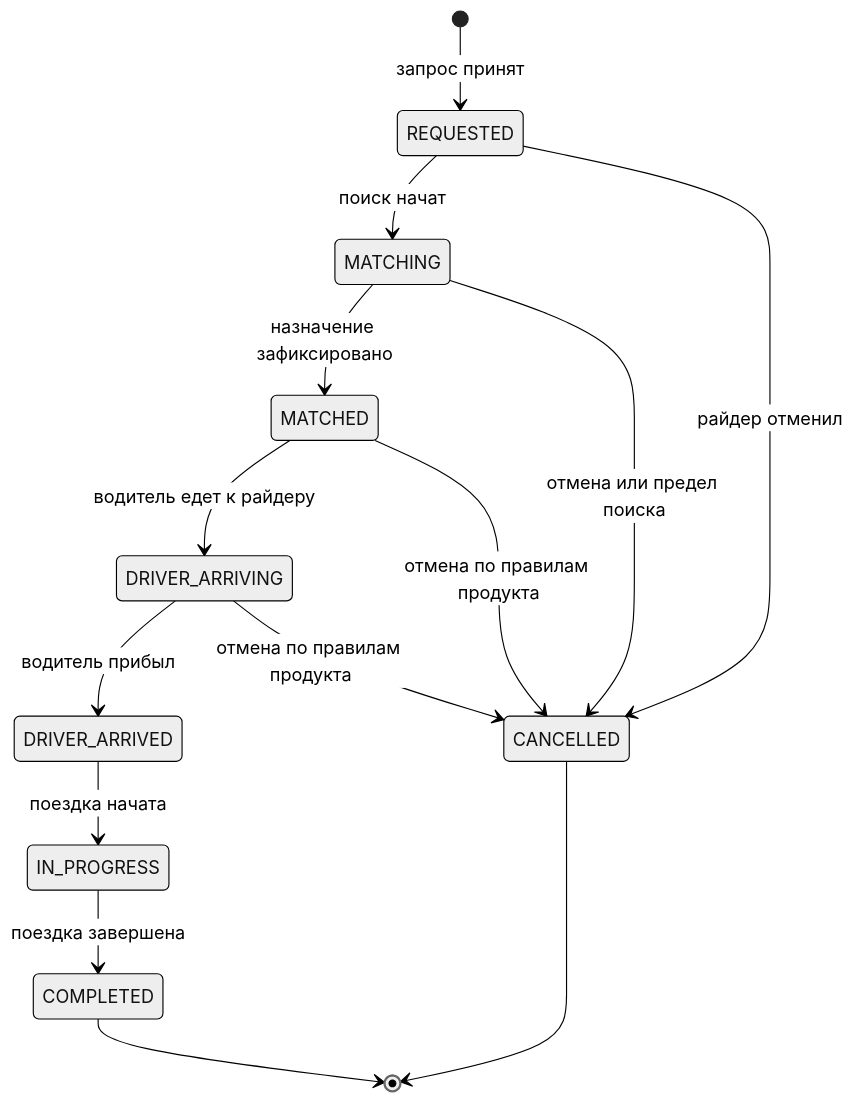
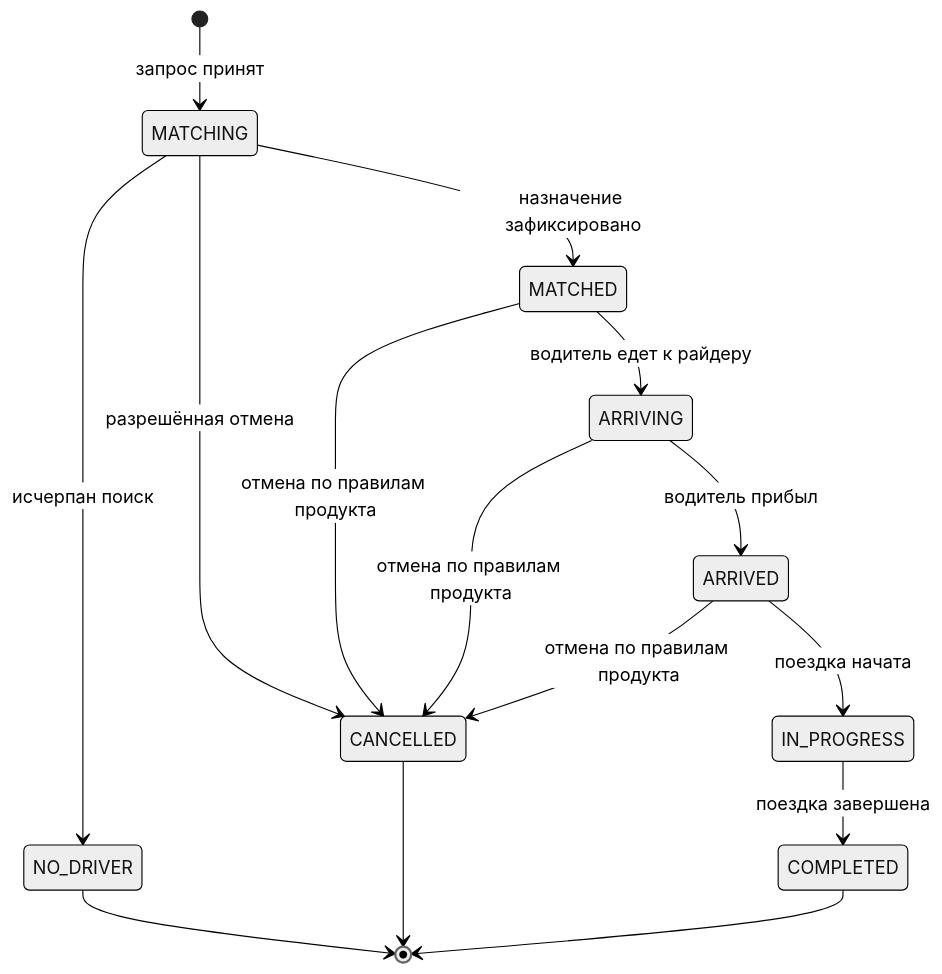
The fourth of 4 diagrams in cheatsheets/interview/system-design/design-uber-interview.md (akeverus/cheat-sheet), drawn with Mermaid (neutral theme) before and after one commit. The commit also changed other lines of this file and 2 other files, not shown here.

````diff
--- a/cheatsheets/interview/system-design/design-uber-interview.md
+++ b/cheatsheets/interview/system-design/design-uber-interview.md
@@ -356,16 +465,17 @@
 ```mermaid
 stateDiagram-v2
-    [*] --> REQUESTED: запрос принят
-    REQUESTED --> MATCHING: поиск начат
+    [*] --> MATCHING: запрос принят
     MATCHING --> MATCHED: назначение зафиксировано
-    MATCHING --> CANCELLED: отмена или предел поиска
-    MATCHED --> DRIVER_ARRIVING: водитель едет к райдеру
-    DRIVER_ARRIVING --> DRIVER_ARRIVED: водитель прибыл
-    DRIVER_ARRIVED --> IN_PROGRESS: поездка начата
+    MATCHING --> CANCELLED: разрешённая отмена
+    MATCHING --> NO_DRIVER: исчерпан поиск
+    MATCHED --> ARRIVING: водитель едет к райдеру
+    ARRIVING --> ARRIVED: водитель прибыл
+    ARRIVED --> IN_PROGRESS: поездка начата
     IN_PROGRESS --> COMPLETED: поездка завершена
-    REQUESTED --> CANCELLED: райдер отменил
     MATCHED --> CANCELLED: отмена по правилам продукта
-    DRIVER_ARRIVING --> CANCELLED: отмена по правилам продукта
+    ARRIVING --> CANCELLED: отмена по правилам продукта
+    ARRIVED --> CANCELLED: отмена по правилам продукта
+    NO_DRIVER --> [*]
     CANCELLED --> [*]
     COMPLETED --> [*]
 ```
````
